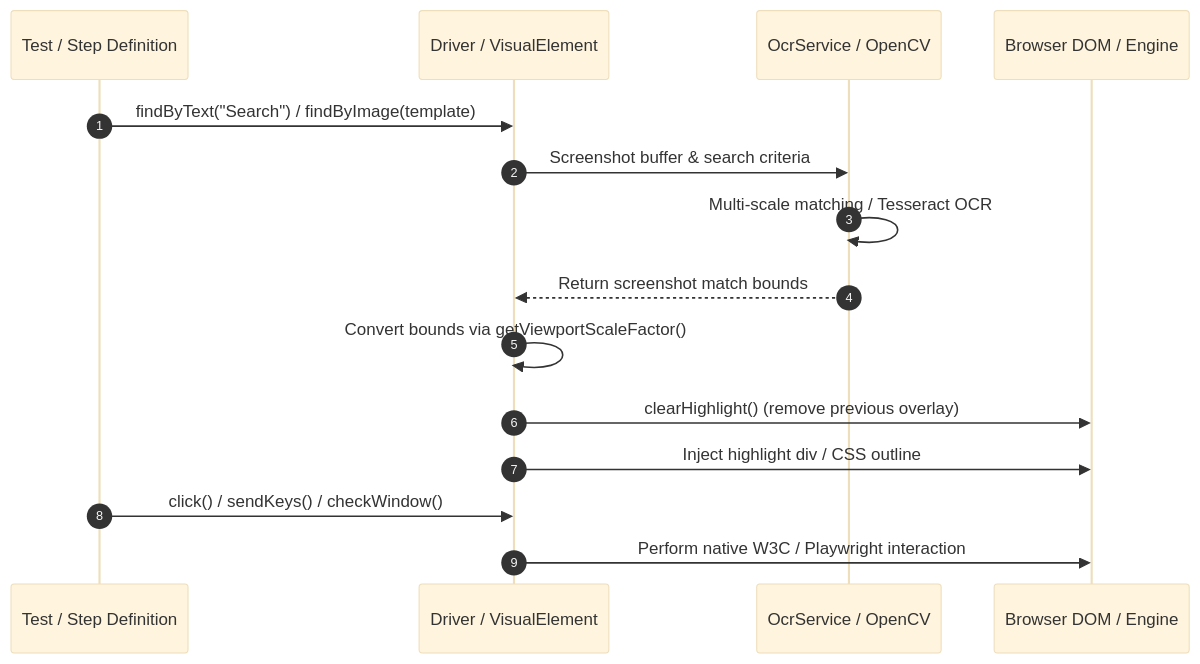
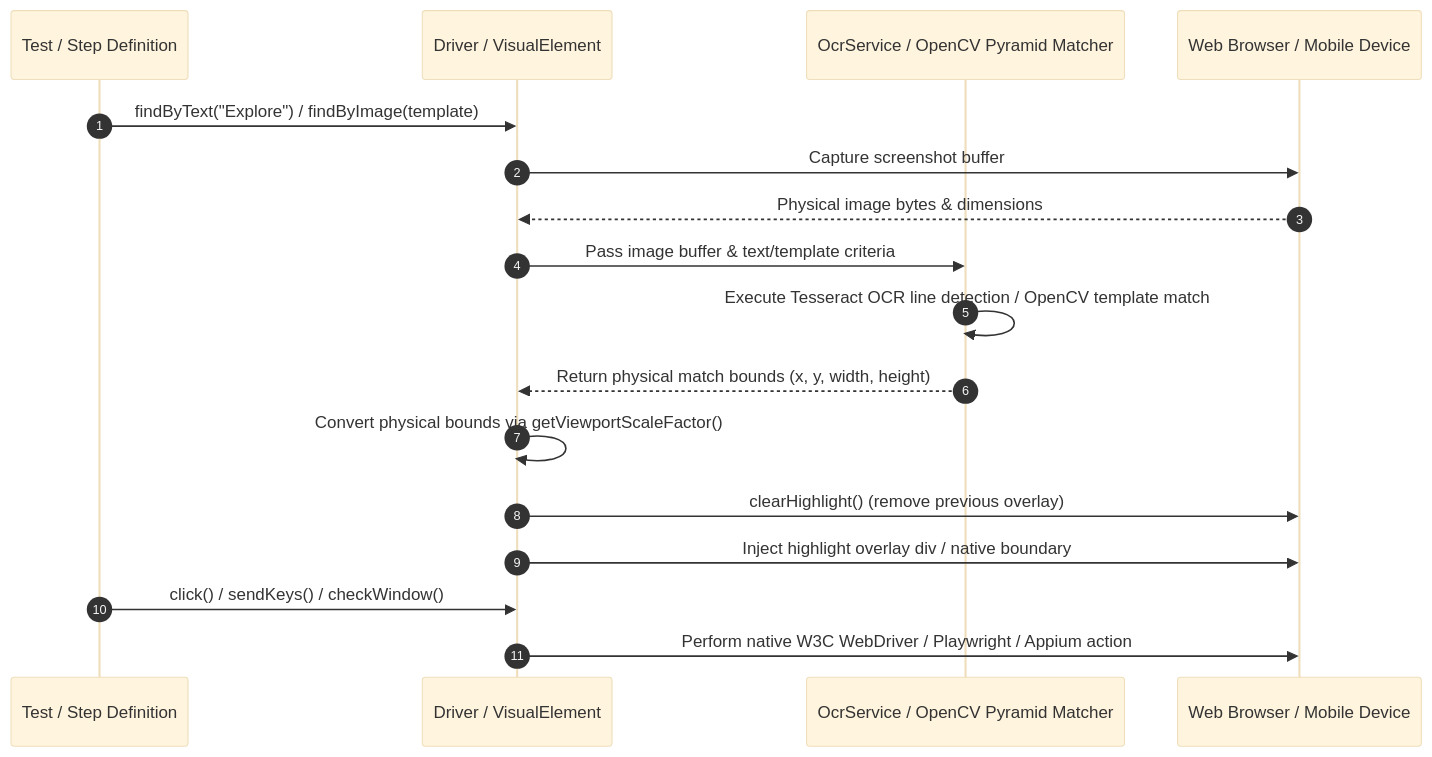
The second of 2 diagrams in docs/features/OCR-and-Image-Recognition-README.md (anandbagmar/teswiz), drawn with Mermaid (base theme) before and after one commit. The commit also changed other lines of this file and 4 other files, not shown here.

First line of the commit message:
Update architecture diagrams across documentation

````diff
--- a/docs/features/OCR-and-Image-Recognition-README.md
+++ b/docs/features/OCR-and-Image-Recognition-README.md
@@ -20,18 +43,20 @@
 ```mermaid
 sequenceDiagram
     autonumber
     participant Step as Test / Step Definition
     participant Driver as Driver / VisualElement
-    participant OCR as OcrService / OpenCV
-    participant Browser as Browser DOM / Engine
+    participant OCR as OcrService / OpenCV Pyramid Matcher
+    participant Screen as Web Browser / Mobile Device
 
-    Step->>Driver: findByText("Search") / findByImage(template)
-    Driver->>OCR: Screenshot buffer & search criteria
-    OCR->>OCR: Multi-scale matching / Tesseract OCR
-    OCR-->>Driver: Return screenshot match bounds
-    Driver->>Driver: Convert bounds via getViewportScaleFactor()
-    Driver->>Browser: clearHighlight() (remove previous overlay)
-    Driver->>Browser: Inject highlight div / CSS outline
+    Step->>Driver: findByText("Explore") / findByImage(template)
+    Driver->>Screen: Capture screenshot buffer
+    Screen-->>Driver: Physical image bytes & dimensions
+    Driver->>OCR: Pass image buffer & text/template criteria
+    OCR->>OCR: Execute Tesseract OCR line detection / OpenCV template match
+    OCR-->>Driver: Return physical match bounds (x, y, width, height)
+    Driver->>Driver: Convert physical bounds via getViewportScaleFactor()
+    Driver->>Screen: clearHighlight() (remove previous overlay)
+    Driver->>Screen: Inject highlight overlay div / native boundary
     Step->>Driver: click() / sendKeys() / checkWindow()
-    Driver->>Browser: Perform native W3C / Playwright interaction
+    Driver->>Screen: Perform native W3C WebDriver / Playwright / Appium action
 ```
````
